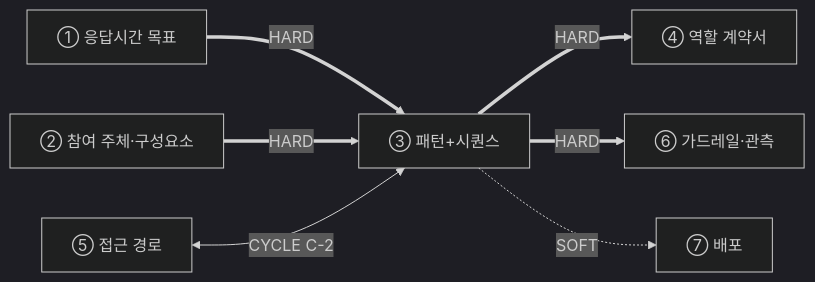
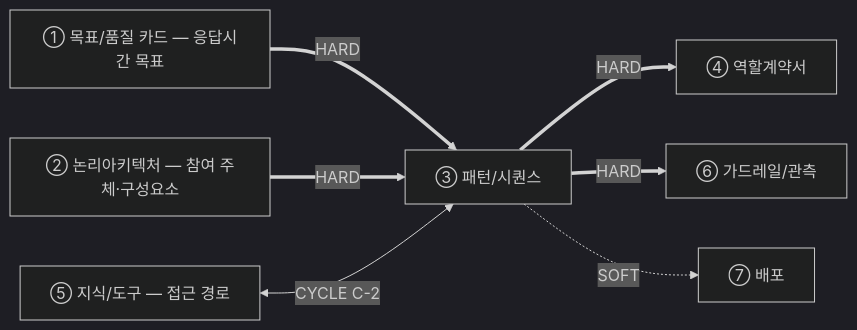
Before and after one commit to unicorn-campus/design-agentic-ai: the first of 3 diagrams in guides/03-패턴시퀀스설계-가이드.md, drawn with Mermaid (dark theme). The commit also changed other lines of this file and 15 other files, not shown here.

````diff
--- a/guides/03-패턴시퀀스설계-가이드.md
+++ b/guides/03-패턴시퀀스설계-가이드.md
@@ -17,9 +17,9 @@
 ```mermaid
 graph LR
-  A["① 응답시간 목표"] ==>|HARD| D
-  B["② 참여 주체·구성요소"] ==>|HARD| D
-  D["③ 패턴+시퀀스"] ==>|HARD| C["④ 역할 계약서"]
-  D ==>|HARD| F["⑥ 가드레일·관측"]
-  E["⑤ 접근 경로"] <-->|CYCLE C-2| D
+  A["① 목표/품질 카드 — 응답시간 목표"] ==>|HARD| D
+  B["② 논리아키텍처 — 참여 주체·구성요소"] ==>|HARD| D
+  D["③ 패턴/시퀀스"] ==>|HARD| C["④ 역할계약서"]
+  D ==>|HARD| F["⑥ 가드레일/관측"]
+  E["⑤ 지식/도구 — 접근 경로"] <-->|CYCLE C-2| D
   D -.SOFT.-> G["⑦ 배포"]
 ```
````
